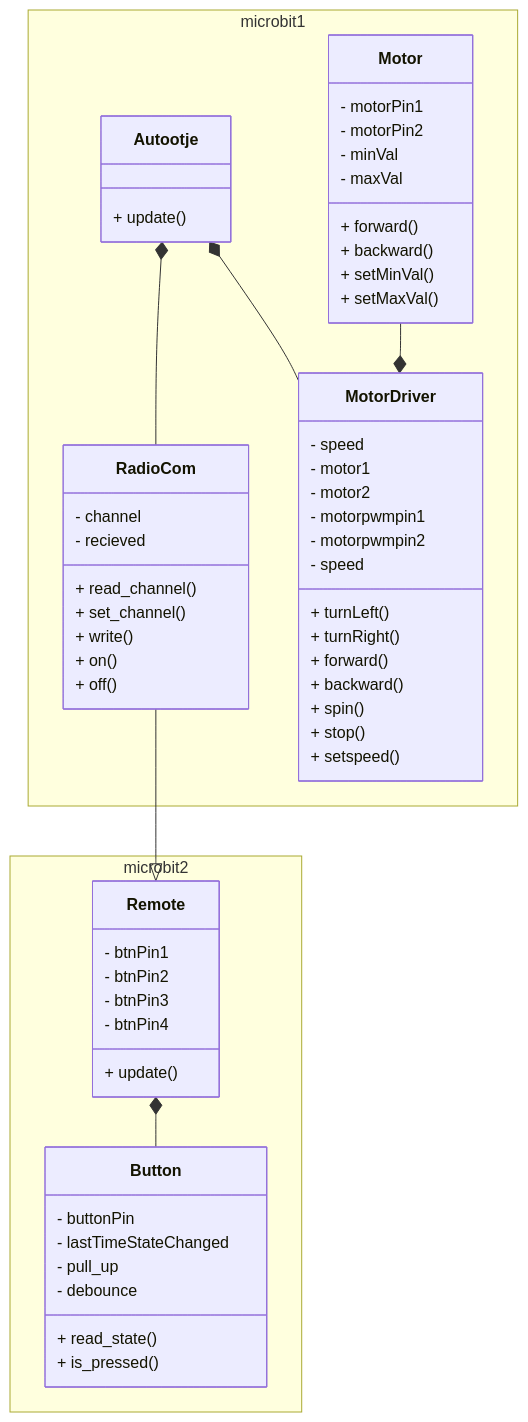
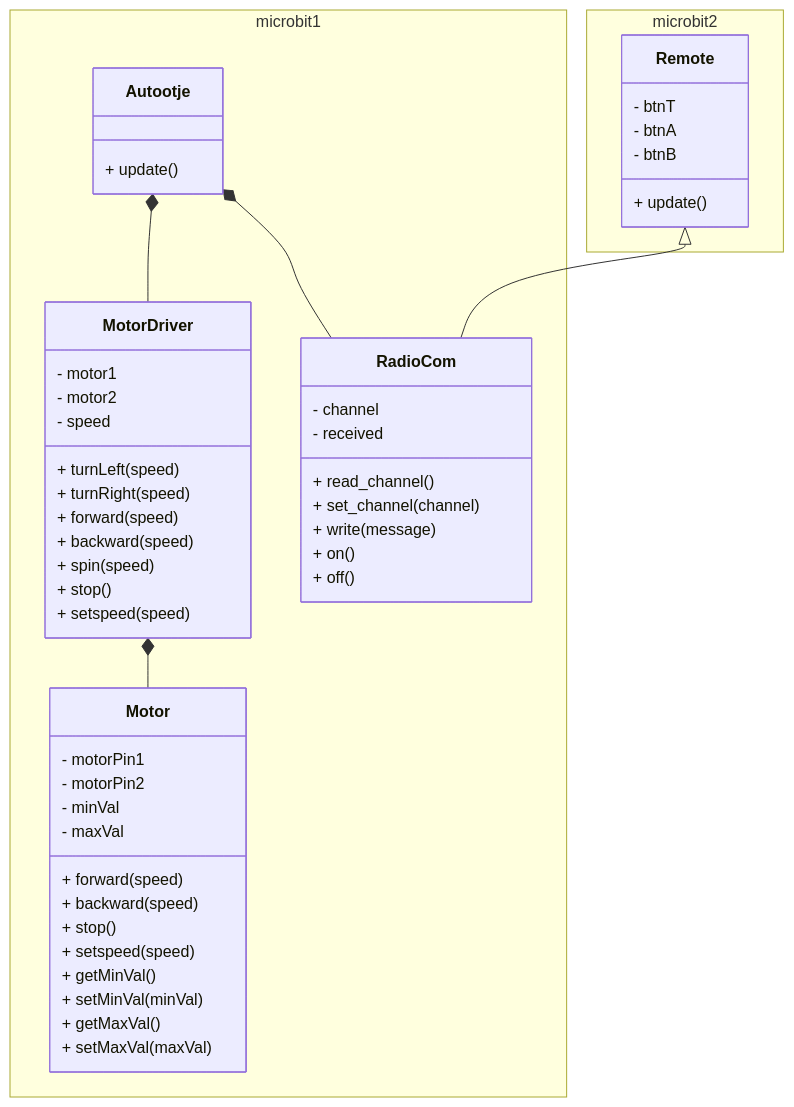
Before and after one commit to jensthebrogrammer/project_autotje: the diagram in UML_schema.md, drawn with Mermaid. The commit also changed 5 other files, not shown here.

Commit message:
overbodige code weggehaald. enkele verbeteringen gemaakt. een spin functionaliteit toegevoegd aan autotje. en het uml-schema vernieuwd

````diff
--- a/UML_schema.md
+++ b/UML_schema.md
@@ -1,74 +1,62 @@
 ```mermaid
 classDiagram
     namespace microbit1 {
         class Autootje {
-            
             + update()
-            
         }
 
         class Motor {
             - motorPin1
             - motorPin2
             - minVal
             - maxVal
-            + forward()
-            + backward()
-            + setMinVal()
-            + setMaxVal()
+            + forward(speed)
+            + backward(speed)
+            + stop()
+            + setspeed(speed)
+            + getMinVal()
+            + setMinVal(minVal)
+            + getMaxVal()
+            + setMaxVal(maxVal)
         }
         
         class MotorDriver {
-            - speed
             - motor1
             - motor2
-            - motorpwmpin1
-            - motorpwmpin2
             - speed
-            + turnLeft()
-            + turnRight()
-            + forward()
-            + backward()
-            + spin()
+            + turnLeft(speed)
+            + turnRight(speed)
+            + forward(speed)
+            + backward(speed)
+            + spin(speed)
             + stop()
-            + setspeed()
+            + setspeed(speed)
         }
 
         class RadioCom {
             - channel
-            - recieved
+            - received
             + read_channel()
-            + set_channel()
-            + write()
+            + set_channel(channel)
+            + write(message)
             + on()
             + off()
         }
     }
 
     namespace microbit2 {
         class Remote {
-            - btnPin1
-            - btnPin2
-            - btnPin3
-            - btnPin4
+            - btnT
+            - btnA
+            - btnB
             + update()
-        }
-    
-        class Button {
-            - buttonPin
-            - lastTimeStateChanged
-            - pull_up
-            - debounce
-            + read_state()
-            + is_pressed()
-            
         }
     }
 
     Autootje *-- RadioCom
     Autootje *-- MotorDriver
-    RadioCom --|> Remote
-    Remote *-- Button
-    Motor --* MotorDriver
+    MotorDriver *-- Motor
+    Remote <|-- RadioCom
+
 
 ```
````
